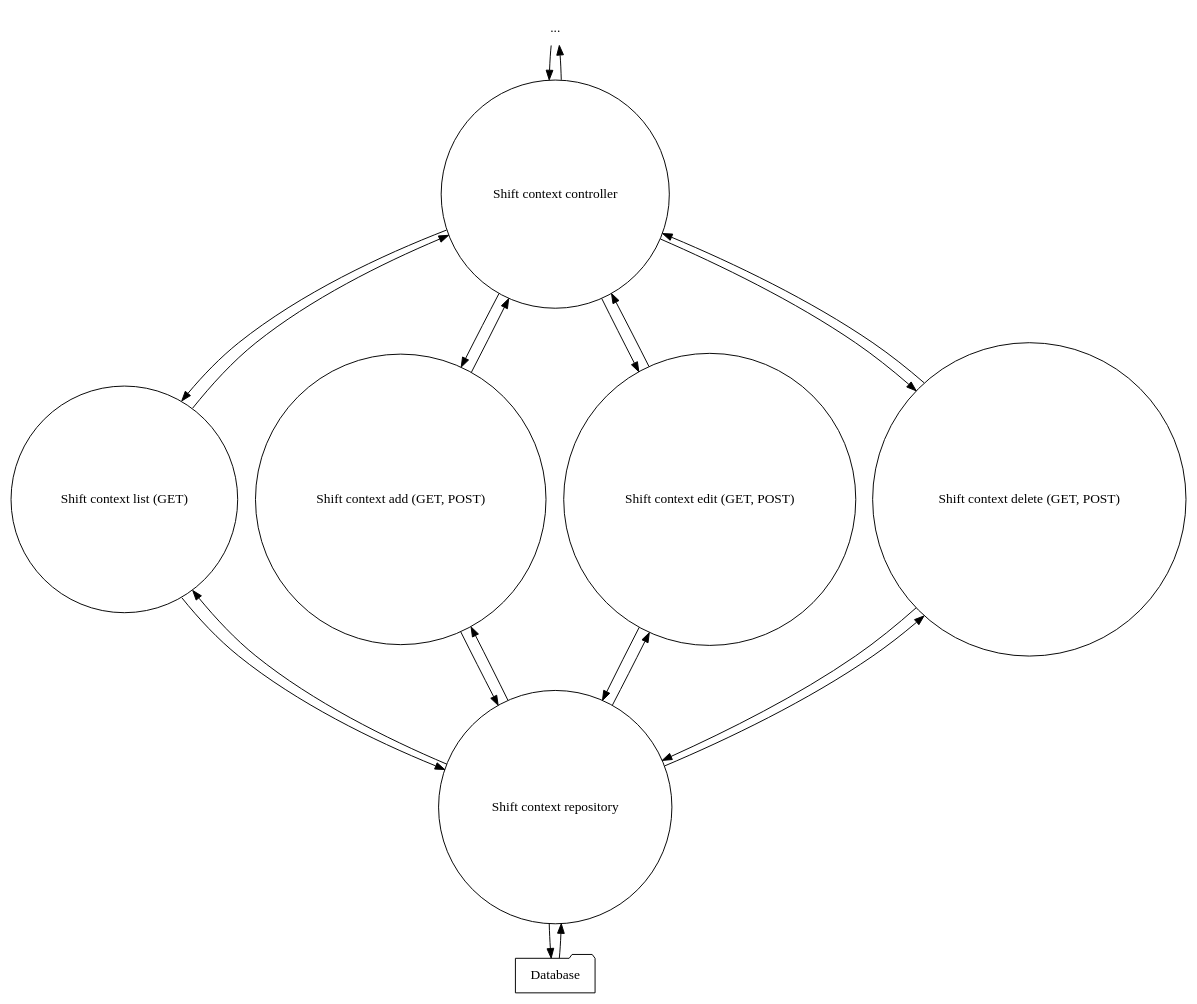
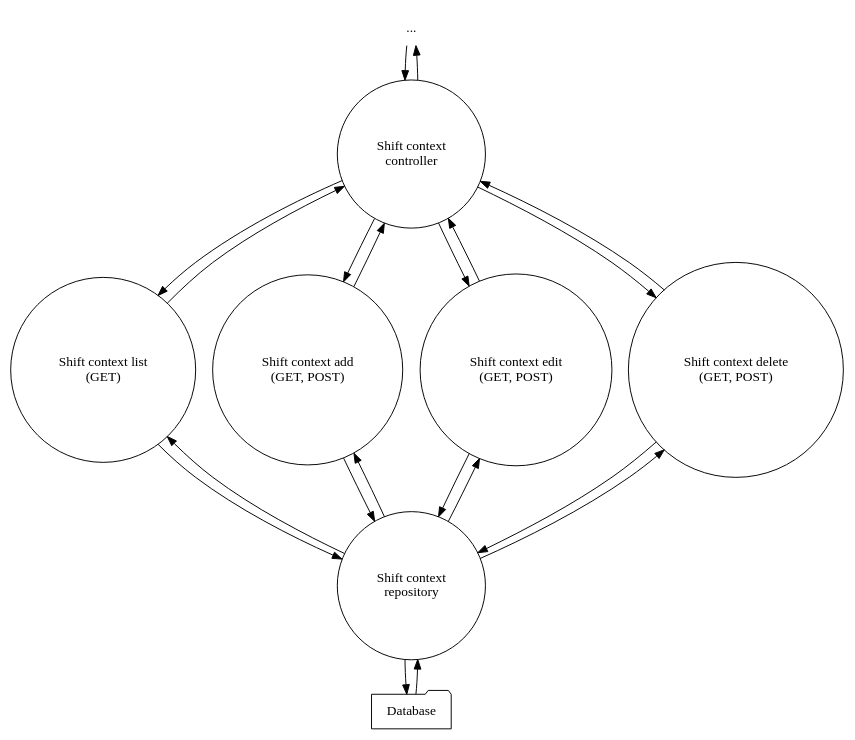
The diagram in design/data_flow_diagrams/level_3.5_shift_contexts.dot (luke-hamann/stc-cis-248), drawn with Graphviz before and after one commit. The commit also changed 13 other files, not shown here.

```diff
--- a/design/data_flow_diagrams/level_3.5_shift_contexts.dot
+++ b/design/data_flow_diagrams/level_3.5_shift_contexts.dot
@@ -1,34 +1,34 @@
 digraph data_flow_diagram {
     node [ shape = circle ]
     
     "..." [ shape = none ]
     
-    "..." -> "Shift context controller" -> "..."
+    "..." -> "Shift context\ncontroller" -> "..."
 
     subgraph actions {
         rank = same
         
-        "Shift context list (GET)"
-        "Shift context add (GET, POST)"
-        "Shift context edit (GET, POST)"
-        "Shift context delete (GET, POST)"
+        "Shift context list\n(GET)"
+        "Shift context add\n(GET, POST)"
+        "Shift context edit\n(GET, POST)"
+        "Shift context delete\n(GET, POST)"
     }
     
-    "Shift context controller" -> {
-        "Shift context list (GET)"
-        "Shift context add (GET, POST)"
-        "Shift context edit (GET, POST)"
-        "Shift context delete (GET, POST)"
-    } -> "Shift context controller"
+    "Shift context\ncontroller" -> {
+        "Shift context list\n(GET)"
+        "Shift context add\n(GET, POST)"
+        "Shift context edit\n(GET, POST)"
+        "Shift context delete\n(GET, POST)"
+    } -> "Shift context\ncontroller"
     
-    "Shift context repository" -> {
-        "Shift context list (GET)"
-        "Shift context add (GET, POST)"
-        "Shift context edit (GET, POST)"
-        "Shift context delete (GET, POST)"
-    } -> "Shift context repository"
+    "Shift context\nrepository" -> {
+        "Shift context list\n(GET)"
+        "Shift context add\n(GET, POST)"
+        "Shift context edit\n(GET, POST)"
+        "Shift context delete\n(GET, POST)"
+    } -> "Shift context\nrepository"
     
     Database [ shape = folder ]
     
-    Database -> "Shift context repository" -> Database
+    Database -> "Shift context\nrepository" -> Database
 }
```
